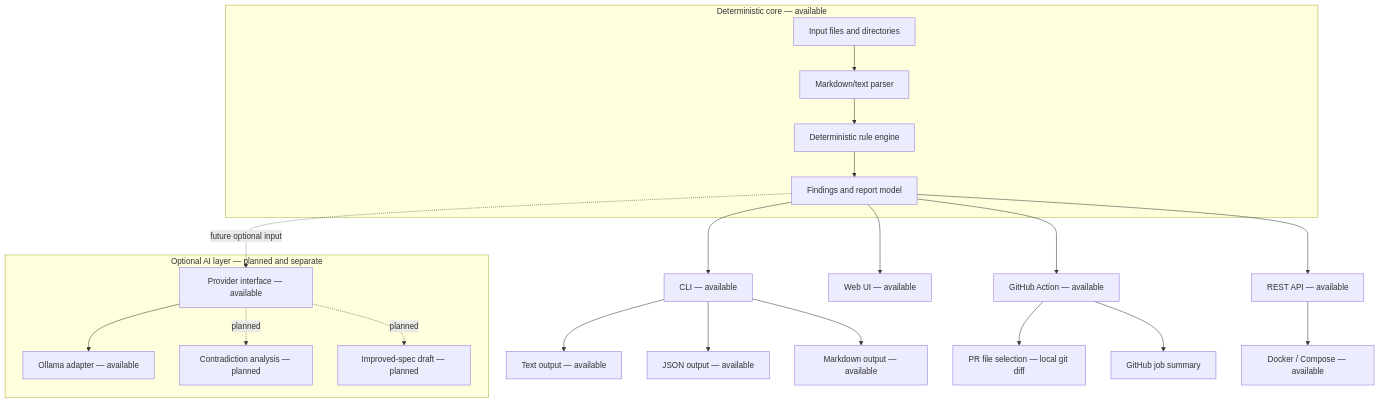
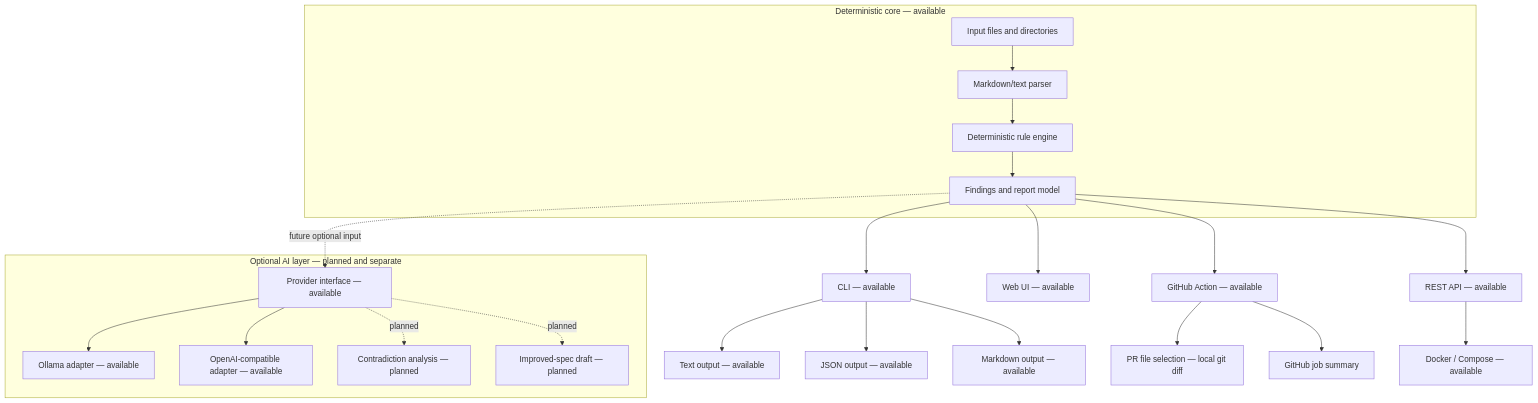
The diagram in docs/architecture.md (specforgeart/specforge-gate), drawn with Mermaid before and after one commit. The commit also changed other lines of this file and 15 other files, not shown here.

Commit message:
feat: add OpenAI-compatible provider adapter (#33)

````diff
--- a/docs/architecture.md
+++ b/docs/architecture.md
@@ -5,32 +5,34 @@
 ```mermaid
 flowchart TD
     subgraph Core["Deterministic core — available"]
         A["Input files and directories"] --> B["Markdown/text parser"]
         B --> C["Deterministic rule engine"]
         C --> D["Findings and report model"]
     end
 
     D --> E["CLI — available"]
     E --> F["Text output — available"]
     E --> G["JSON output — available"]
     E --> H["Markdown output — available"]
 
     D --> I["GitHub Action — available"]
     I --> O["PR file selection — local git diff"]
     I --> P["GitHub job summary"]
     D --> J["REST API — available"]
     D --> K["Web UI — available"]
     J --> Q["Docker / Compose — available"]
 
     subgraph AI["Optional AI layer — planned and separate"]
         L["Provider interface — available"]
         R["Ollama adapter — available"]
+        S["OpenAI-compatible adapter — available"]
         M["Contradiction analysis — planned"]
         N["Improved-spec draft — planned"]
     end
 
     D -. future optional input .-> L
     L --> R
+    L --> S
     L -. planned .-> M
     L -. planned .-> N
 ```
````
